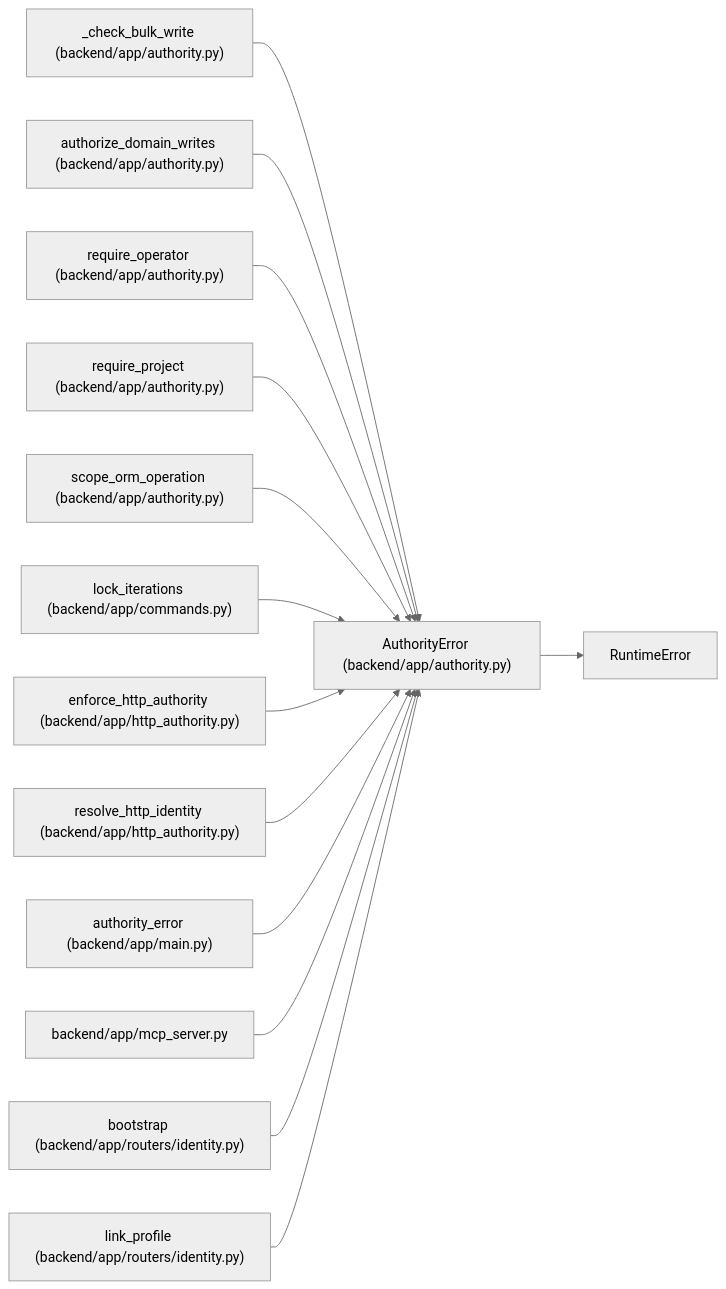
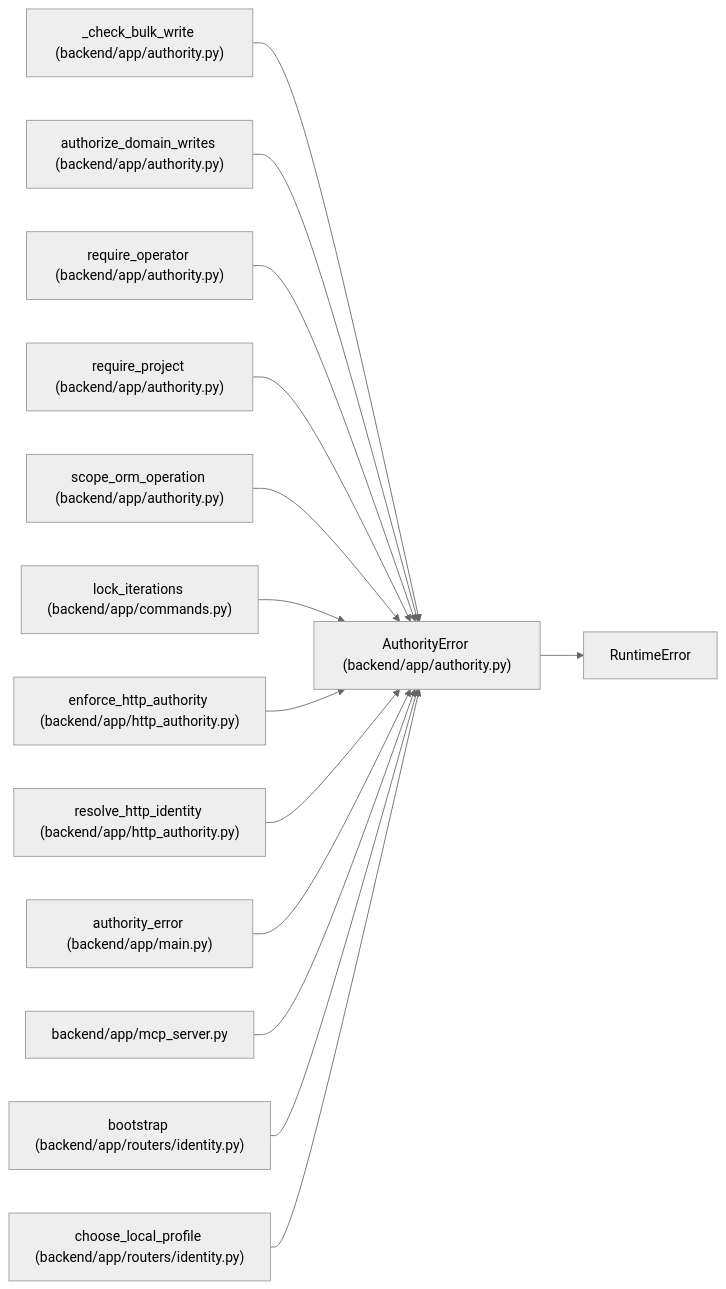
The diagram in docs/llm_wiki/entities/AuthorityError.md (Denissvgn/WorkChord), drawn with Mermaid (neutral theme) before and after one commit. The commit also changed other lines of this file and 642 other files, not shown here.

Commit message:
docs(wiki): refresh for the local work profile

````diff
--- a/docs/llm_wiki/entities/AuthorityError.md
+++ b/docs/llm_wiki/entities/AuthorityError.md
@@ -26,43 +26,43 @@
 ```mermaid
 flowchart LR
     n0["AuthorityError (backend/app/authority.py)"]
     n1["RuntimeError"]
     n2["_check_bulk_write (backend/app/authority.py)"]
     n3["authorize_domain_writes (backend/app/authority.py)"]
     n4["require_operator (backend/app/authority.py)"]
     n5["require_project (backend/app/authority.py)"]
     n6["scope_orm_operation (backend/app/authority.py)"]
     n7["lock_iterations (backend/app/commands.py)"]
     n8["enforce_http_authority (backend/app/http_authority.py)"]
     n9["resolve_http_identity (backend/app/http_authority.py)"]
     n10["authority_error (backend/app/main.py)"]
     n11["backend/app/mcp_server.py"]
     n12["bootstrap (backend/app/routers/identity.py)"]
-    n13["link_profile (backend/app/routers/identity.py)"]
+    n13["choose_local_profile (backend/app/routers/identity.py)"]
     n0 --> n1
     n2 --> n0
     n3 --> n0
     n4 --> n0
     n5 --> n0
     n6 --> n0
     n7 --> n0
     n8 --> n0
     n9 --> n0
     n10 --> n0
     n11 --> n0
     n12 --> n0
     n13 --> n0
     click n0 "../modules/authority.md"
     click n2 "../modules/authority.md"
     click n3 "../modules/authority.md"
     click n4 "../modules/authority.md"
     click n5 "../modules/authority.md"
     click n6 "../modules/authority.md"
     click n7 "../modules/commands.md"
     click n8 "../modules/http_authority.md"
     click n9 "../modules/http_authority.md"
     click n10 "../modules/app_main.md"
     click n11 "../modules/mcp_server.md"
     click n12 "../modules/routers_identity.md"
     click n13 "../modules/routers_identity.md"
 ```
````
